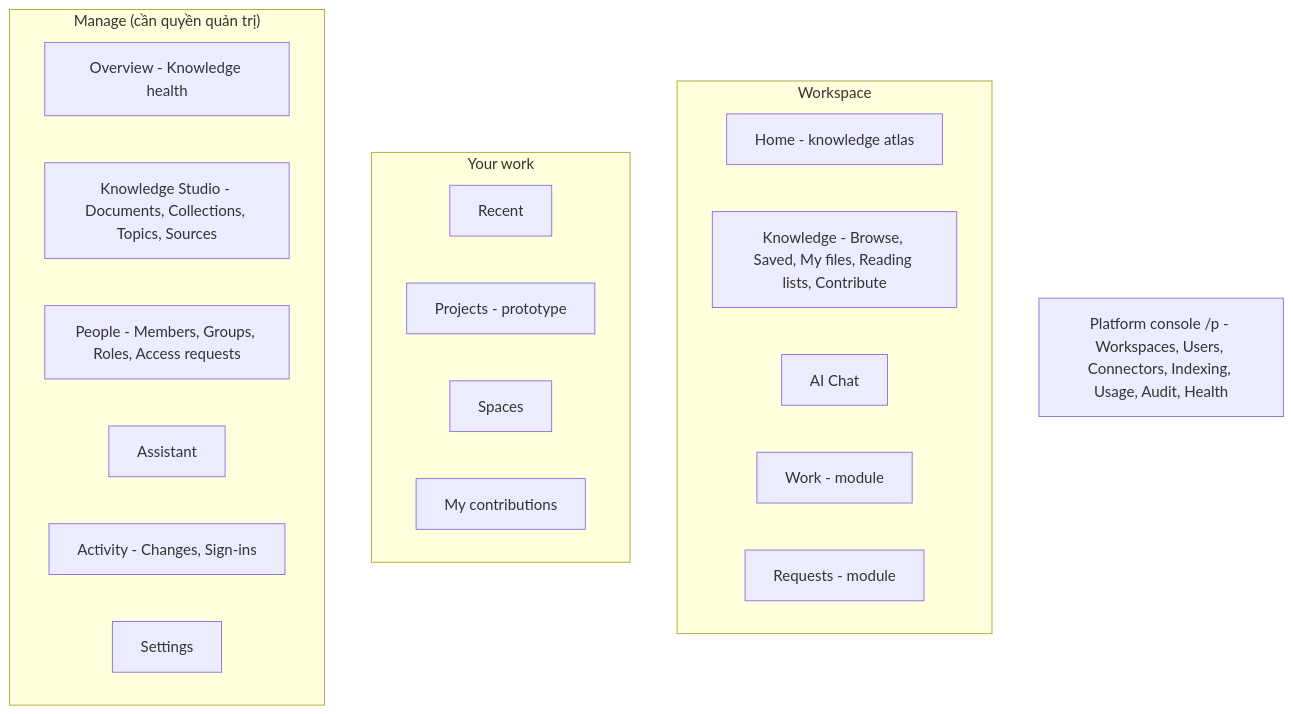
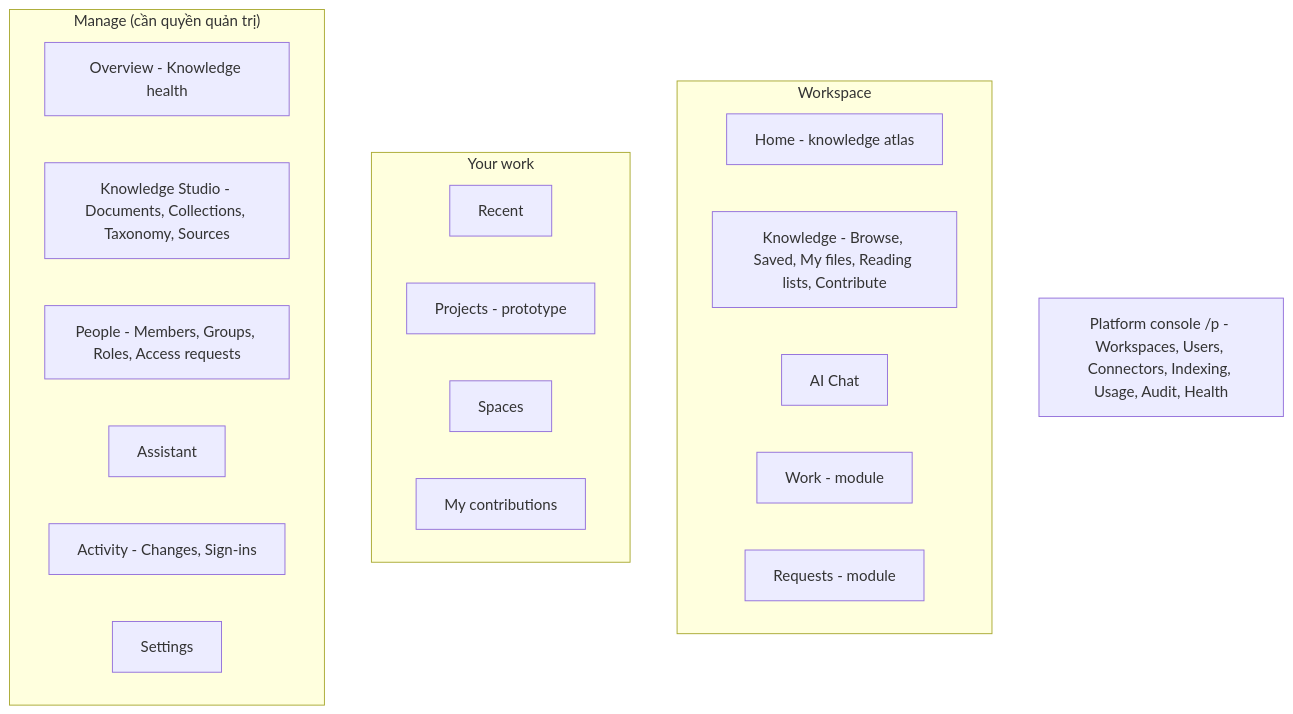
Before and after one commit to NguyenDuy1910/BoMesh: diagram 25 of 25 in BAO_CAO_BOMESH.md, drawn with Mermaid. The commit also changed other lines of this file and 391 other files, not shown here.

````diff
--- a/BAO_CAO_BOMESH.md
+++ b/BAO_CAO_BOMESH.md
@@ -1423,25 +1426,25 @@
 ```mermaid
 flowchart TB
     subgraph WS["Workspace"]
         H[Home - knowledge atlas]
         K[Knowledge - Browse, Saved, My files, Reading lists, Contribute]
         CH[AI Chat]
         WK[Work - module]
         RQ[Requests - module]
     end
     subgraph YW["Your work"]
         RC[Recent]
         PJ[Projects - prototype]
         SP[Spaces]
         CT[My contributions]
     end
     subgraph MG["Manage (cần quyền quản trị)"]
         OV[Overview - Knowledge health]
-        ST[Knowledge Studio - Documents, Collections, Topics, Sources]
+        ST[Knowledge Studio - Documents, Collections, Taxonomy, Sources]
         PP[People - Members, Groups, Roles, Access requests]
         AS[Assistant]
         AC[Activity - Changes, Sign-ins]
         SE[Settings]
     end
     PC["Platform console /p - Workspaces, Users, Connectors, Indexing, Usage, Audit, Health"]
 ```
````
